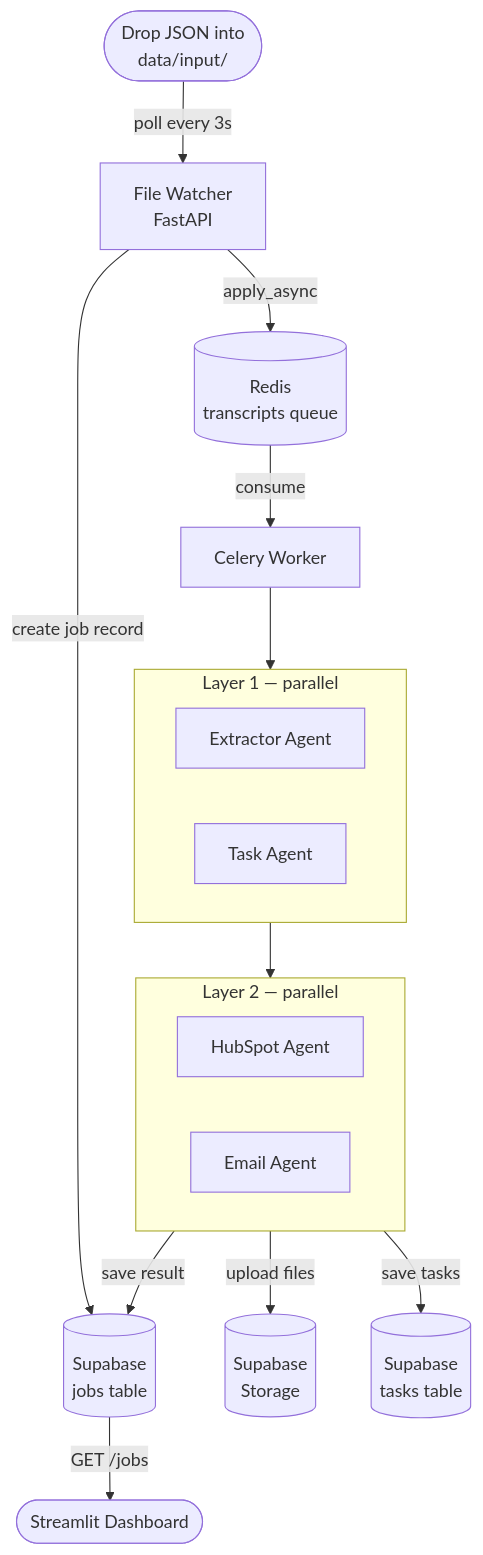
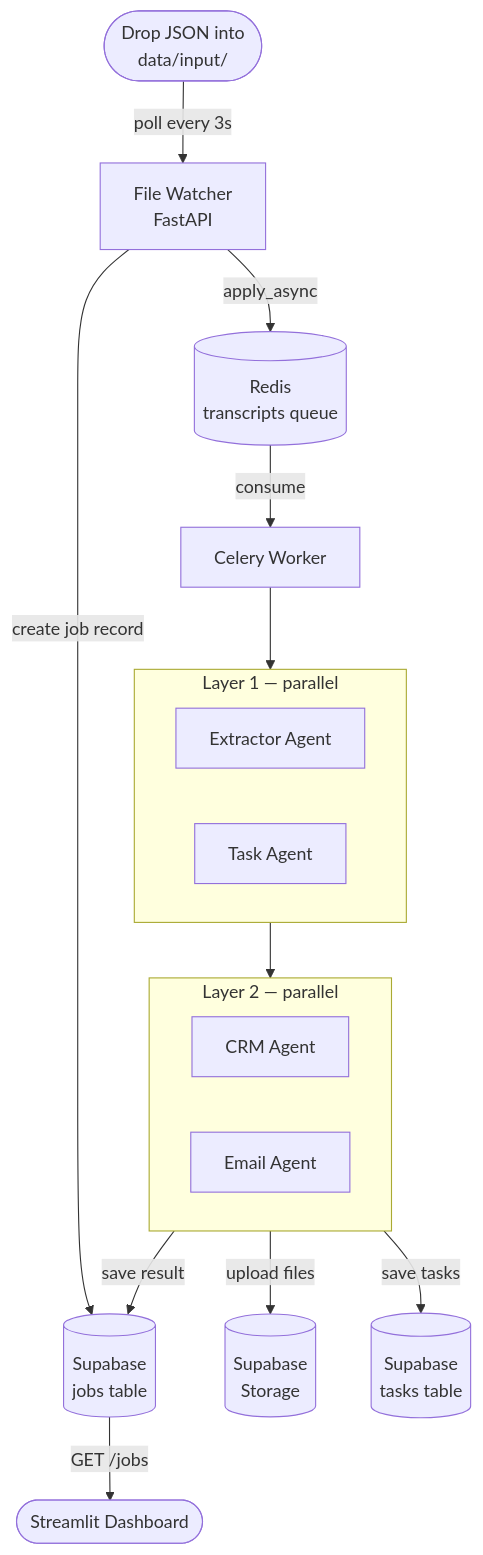
One commit to mhdSharuk/DealFlow changed the first of 4 diagrams in README.md. Above: the diagram before and after it, drawn with Mermaid. The commit also changed other lines of this file and 1 other file, not shown here.

````diff
--- a/README.md
+++ b/README.md
@@ -44,27 +44,27 @@
 ```mermaid
 flowchart TD
     A([Drop JSON into\ndata/input/]) -->|poll every 3s| B[File Watcher\nFastAPI]
     B -->|create job record| C[(Supabase\njobs table)]
     B -->|apply_async| D[(Redis\ntranscripts queue)]
     D -->|consume| E[Celery Worker]
     E --> L1
 
     subgraph L1[Layer 1 — parallel]
         direction LR
         EX[Extractor Agent]
         TM[Task Agent]
     end
 
     L1 --> L2
 
     subgraph L2[Layer 2 — parallel]
         direction LR
-        HS[HubSpot Agent]
+        HS[CRM Agent]
         EM[Email Agent]
     end
 
     L2 -->|save result| C
     L2 -->|upload files| S[(Supabase\nStorage)]
     L2 -->|save tasks| T[(Supabase\ntasks table)]
     C -->|GET /jobs| UI([Streamlit Dashboard])
 ```
````
